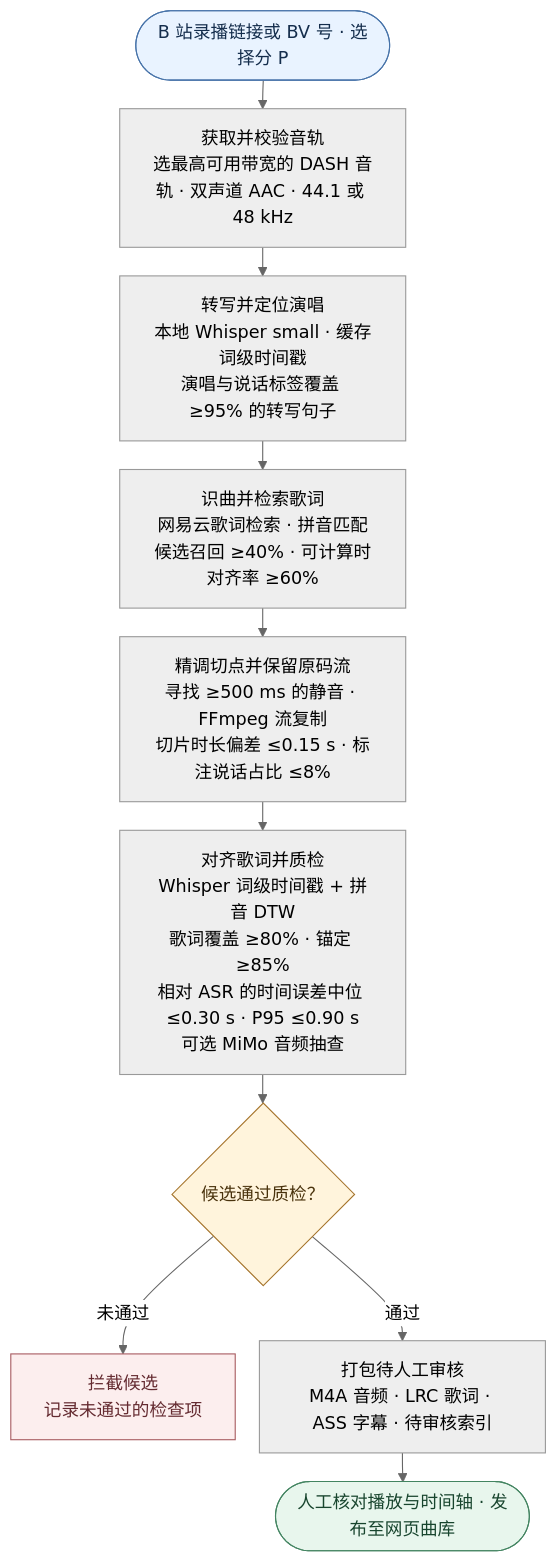
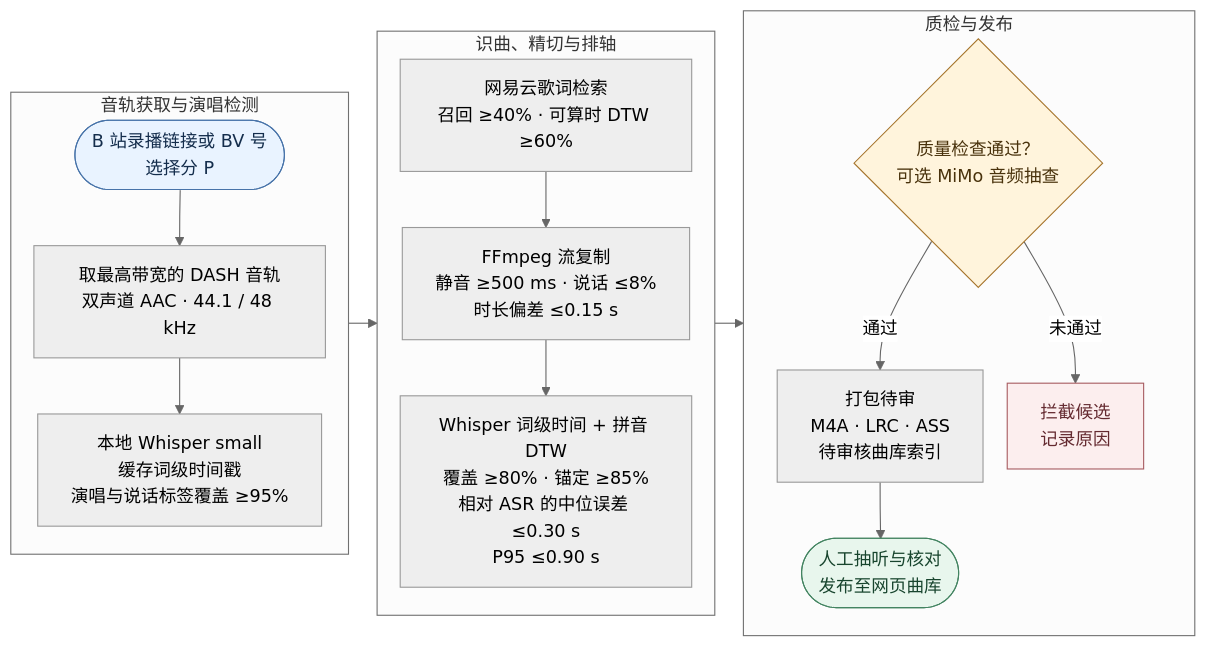
The diagram in README.zh-CN.md (Killer-Anya/AutoSongClip), drawn with Mermaid (neutral theme) before and after one commit. The commit also changed 1 other file, not shown here.

Commit message:
Lay out the workflow in three compact phases

````diff
--- a/README.zh-CN.md
+++ b/README.zh-CN.md
@@ -35,34 +35,48 @@
 ```mermaid
 ---
 config:
   flowchart:
     nodeSpacing: 22
     rankSpacing: 26
+    wrappingWidth: 205
 ---
-flowchart TB
+flowchart LR
     accTitle: 从 B 站录播到网页曲库
-    accDescr: 依次获取音轨、检测演唱、识曲、切片和对齐歌词。未达标候选记录拦截原因，通过的成品由人工审核后发布。
-    recording(["B 站录播链接或 BV 号 · 选择分 P"])
-    fetch["获取并校验音轨<br/>选最高可用带宽的 DASH 音轨 · 双声道 AAC · 44.1 或 48 kHz"]
-    detect["转写并定位演唱<br/>本地 Whisper small · 缓存词级时间戳<br/>演唱与说话标签覆盖 ≥95% 的转写句子"]
-    identify["识曲并检索歌词<br/>网易云歌词检索 · 拼音匹配<br/>候选召回 ≥40% · 可计算时对齐率 ≥60%"]
-    cut["精调切点并保留原码流<br/>寻找 ≥500 ms 的静音 · FFmpeg 流复制<br/>切片时长偏差 ≤0.15 s · 标注说话占比 ≤8%"]
-    align["对齐歌词并质检<br/>Whisper 词级时间戳 + 拼音 DTW<br/>歌词覆盖 ≥80% · 锚定 ≥85%<br/>相对 ASR 的时间误差中位 ≤0.30 s · P95 ≤0.90 s<br/>可选 MiMo 音频抽查"]
-    gate{"候选通过质检？"}
-    rejection["拦截候选<br/>记录未通过的检查项"]
-    package["打包待人工审核<br/>M4A 音频 · LRC 歌词 · ASS 字幕 · 待审核索引"]
-    library(["人工核对播放与时间轴 · 发布至网页曲库"])
+    accDescr: 三个阶段展示如何获取录播、生成并质检歌切，以及审核后发布曲库。
+    subgraph capture["音轨获取与演唱检测"]
+        direction TB
+        recording(["B 站录播链接或 BV 号<br/>选择分 P"])
+        fetch["取最高带宽的 DASH 音轨<br/>双声道 AAC · 44.1 / 48 kHz"]
+        detect["本地 Whisper small<br/>缓存词级时间戳<br/>演唱与说话标签覆盖 ≥95%"]
+        recording --> fetch --> detect
+    end
 
-    recording --> fetch --> detect --> identify --> cut --> align --> gate
-    gate -->|通过| package --> library
-    gate -->|未通过| rejection
+    subgraph process["识曲、精切与排轴"]
+        direction TB
+        identify["网易云歌词检索<br/>召回 ≥40% · 可算时 DTW ≥60%"]
+        cut["FFmpeg 流复制<br/>静音 ≥500 ms · 说话 ≤8%<br/>时长偏差 ≤0.15 s"]
+        align["Whisper 词级时间 + 拼音 DTW<br/>覆盖 ≥80% · 锚定 ≥85%<br/>相对 ASR 的中位误差 ≤0.30 s<br/>P95 ≤0.90 s"]
+        identify --> cut --> align
+    end
+
+    subgraph release["质检与发布"]
+        direction TB
+        gate{"质量检查通过？<br/>可选 MiMo 音频抽查"}
+        rejection["拦截候选<br/>记录原因"]
+        package["打包待审<br/>M4A · LRC · ASS<br/>待审核曲库索引"]
+        library(["人工抽听与核对<br/>发布至网页曲库"])
+        gate -->|通过| package --> library
+        gate -->|未通过| rejection
+    end
+
+    capture --> process --> release
 
     classDef entry fill:#e9f3ff,stroke:#4773a9,color:#142d4c
     classDef checkpoint fill:#fff4dc,stroke:#a5742c,color:#49320c
     classDef withheld fill:#fceeee,stroke:#a75b60,color:#642a30
     classDef published fill:#e8f6ed,stroke:#438461,color:#18452e
     class recording entry
     class gate checkpoint
     class rejection withheld
     class library published
 ```
````
